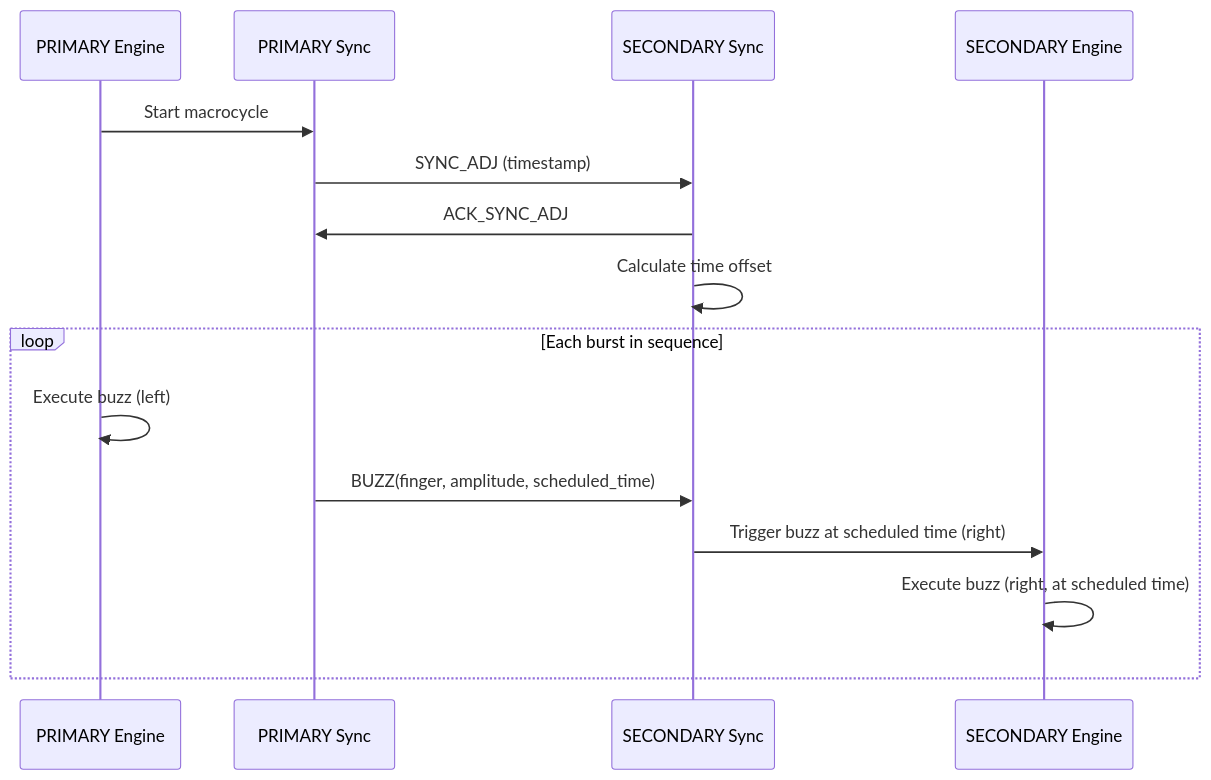
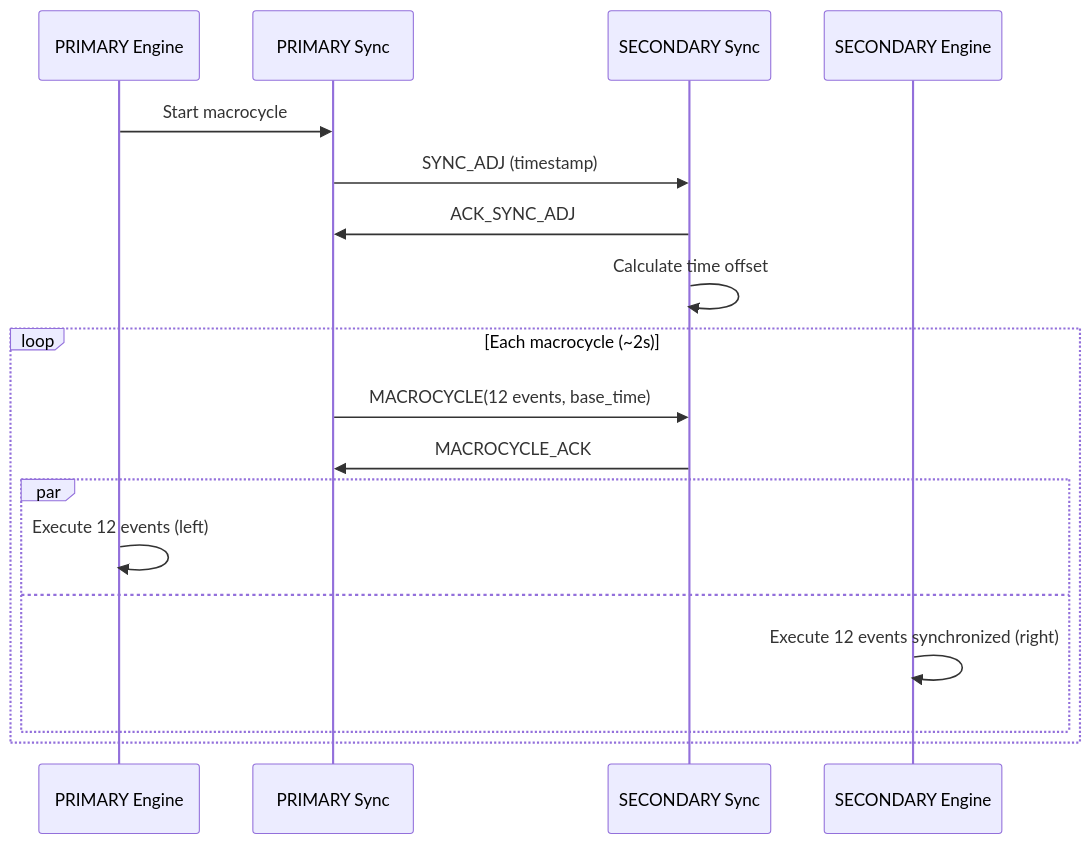
One commit to BlueBuzzah/BlueBuzzah-Firmware changed the fifth of 5 diagrams in docs/ARCHITECTURE.md. Above: the diagram before and after it, drawn with Mermaid. The commit also changed other lines of this file and 34 other files, not shown here.

````diff
--- a/docs/ARCHITECTURE.md
+++ b/docs/ARCHITECTURE.md
@@ -1330,19 +1333,22 @@
 ```mermaid
 sequenceDiagram
     participant PE as PRIMARY Engine
     participant PS as PRIMARY Sync
     participant SS as SECONDARY Sync
     participant SE as SECONDARY Engine
 
     PE->>PS: Start macrocycle
     PS->>SS: SYNC_ADJ (timestamp)
     SS->>PS: ACK_SYNC_ADJ
     SS->>SS: Calculate time offset
 
-    loop Each burst in sequence
-        PE->>PE: Execute buzz (left)
-        PS->>SS: BUZZ(finger, amplitude, scheduled_time)
-        SS->>SE: Trigger buzz at scheduled time (right)
-        SE->>SE: Execute buzz (right, at scheduled time)
+    loop Each macrocycle (~2s)
+        PS->>SS: MACROCYCLE(12 events, base_time)
+        SS->>PS: MACROCYCLE_ACK
+        par
+            PE->>PE: Execute 12 events (left)
+        and
+            SE->>SE: Execute 12 events synchronized (right)
+        end
     end
 ```
````
